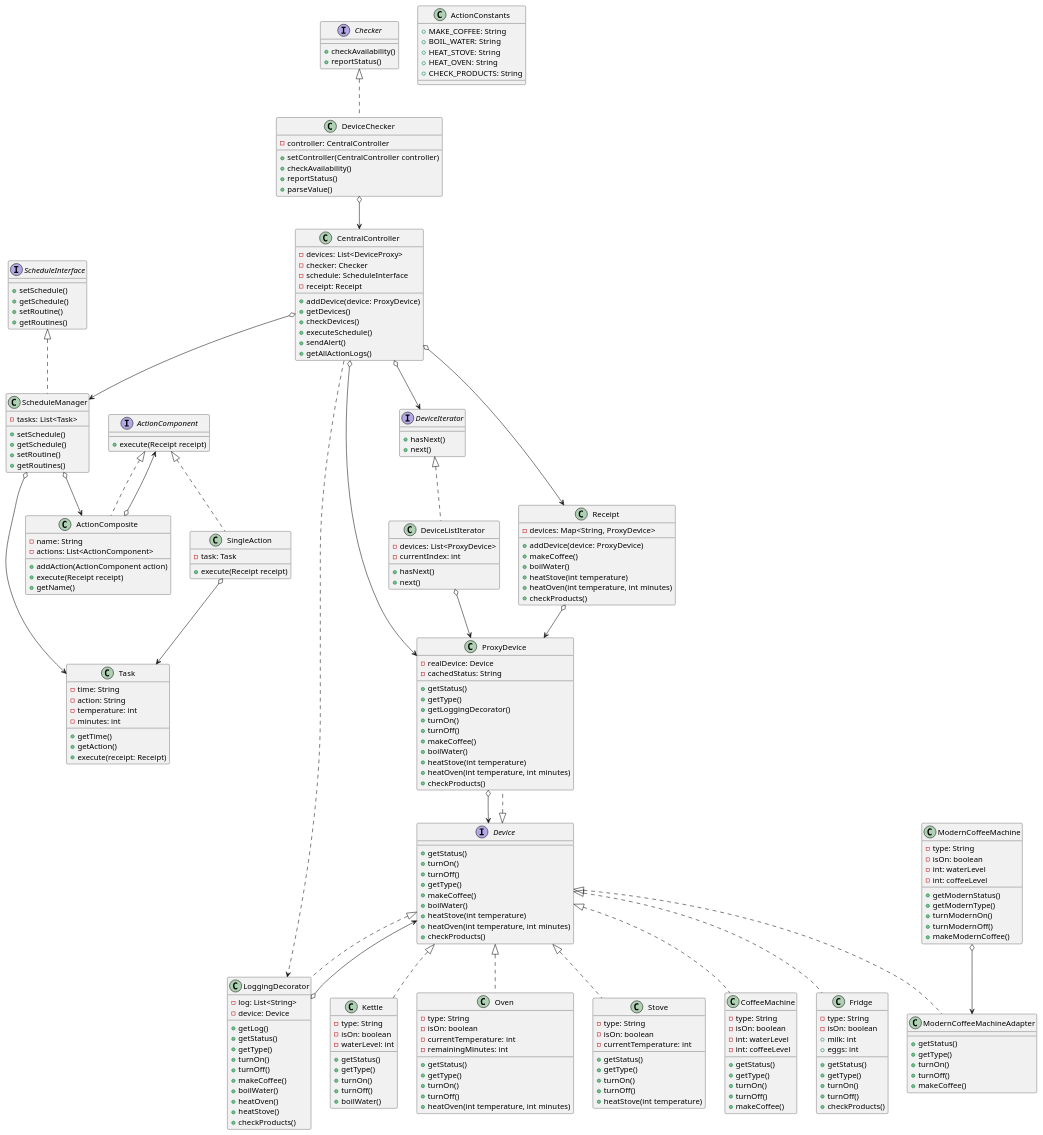
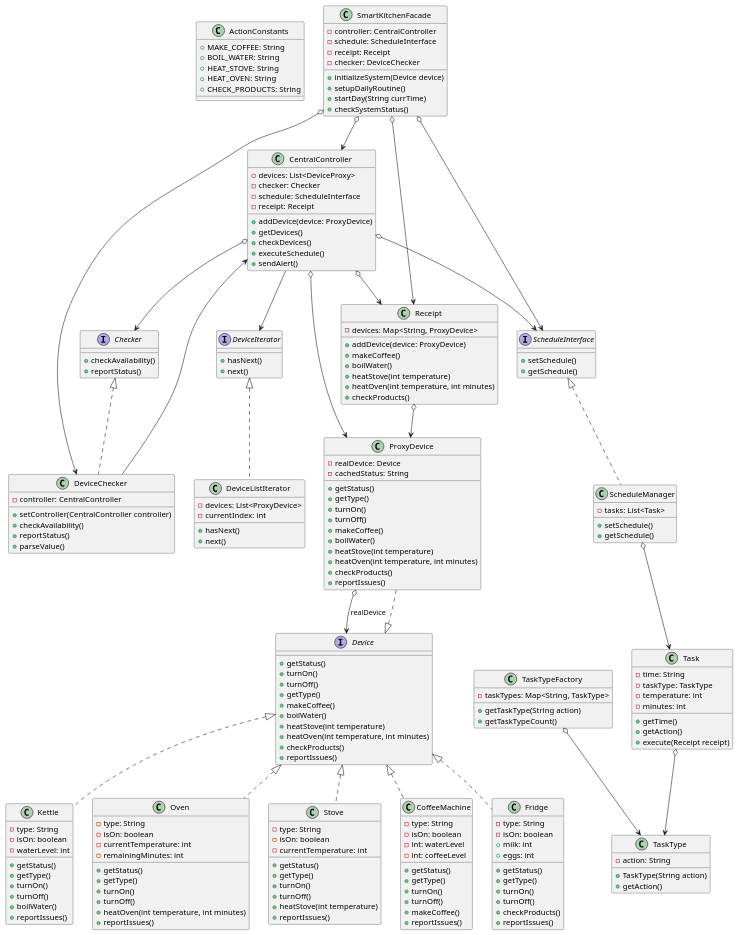
One commit to vladimir-barysh/smart_kitchen changed the diagram in diagram.puml. Above: the diagram before and after it, drawn with PlantUML. The commit also changed 35 other files, not shown here.

```diff
--- a/diagram.puml
+++ b/diagram.puml
@@ -1,15 +1,4 @@
 @startuml
-interface ActionComponent {
-    +execute(Receipt receipt)
-}
-
-class ActionComposite {
-    -name: String
-    -actions: List<ActionComponent>
-    +addAction(ActionComponent action)
-    +execute(Receipt receipt)
-    +getName()
-}
 
 class ActionConstants{
     +MAKE_COFFEE: String
@@ -29,7 +18,6 @@
     +checkDevices()
     +executeSchedule()
     +sendAlert()
-    +getAllActionLogs()
 }
 
 interface Checker {
@@ -47,6 +35,7 @@
     +turnOn()
     +turnOff()
     +makeCoffee()
+    +reportIssues()
 }
 
 interface Device {
@@ -59,6 +48,7 @@
     +heatStove(int temperature)
     +heatOven(int temperature, int minutes)
     +checkProducts()
+    +reportIssues()
 }
 
 class DeviceChecker {
@@ -91,6 +81,7 @@
     +turnOn()
     +turnOff()
     +checkProducts()
+    +reportIssues()
 }
 
 class Kettle {
@@ -102,41 +93,7 @@
     +turnOn()
     +turnOff()
     +boilWater()
-}
-
-class LoggingDecorator {
-    -log: List<String>
-    -device: Device
-    +getLog()
-    +getStatus()
-    +getType()
-    +turnOn()
-    +turnOff()
-    +makeCoffee()
-    +boilWater()
-    +heatOven()
-    +heatStove()
-    +checkProducts()
-}
-
-class ModernCoffeeMachine {
-    -type: String
-    -isOn: boolean
-    -int: waterLevel
-    -int: coffeeLevel
-    +getModernStatus()
-    +getModernType()
-    +turnModernOn()
-    +turnModernOff()
-    +makeModernCoffee()
-}
-
-class ModernCoffeeMachineAdapter {
-    +getStatus()
-    +getType()
-    +turnOn()
-    +turnOff()
-    +makeCoffee()
+    +reportIssues()
 }
 
 class Oven {
@@ -149,6 +106,7 @@
     +turnOn()
     +turnOff()
     +heatOven(int temperature, int minutes)
+    +reportIssues()
 }
 
 class ProxyDevice {
@@ -156,7 +114,6 @@
     -cachedStatus: String
     +getStatus()
     +getType()
-    +getLoggingDecorator()
     +turnOn()
     +turnOff()
     +makeCoffee()
@@ -164,6 +121,7 @@
     +heatStove(int temperature)
     +heatOven(int temperature, int minutes)
     +checkProducts()
+    +reportIssues()
 }
 
 class Receipt {
@@ -179,21 +137,23 @@
 interface ScheduleInterface {
     +setSchedule()
     +getSchedule()
-    +setRoutine()
-    +getRoutines()
 }
 
 class ScheduleManager {
     -tasks: List<Task>
     +setSchedule()
     +getSchedule()
-    +setRoutine()
-    +getRoutines()
 }
 
-class SingleAction {
-    -task: Task
-    +execute(Receipt receipt)
+class SmartKitchenFacade {
+  -controller: CentralController
+  -schedule: ScheduleInterface
+  -receipt: Receipt
+  -checker: DeviceChecker
+  +initializeSystem(Device device)
+  +setupDailyRoutine()
+  +startDay(String currTime)
+  +checkSystemStatus()
 }
 
 class Stove {
@@ -205,51 +165,60 @@
     +turnOn()
     +turnOff()
     +heatStove(int temperature)
+    +reportIssues()
 }
 
 class Task {
     -time: String
-    -action: String
+    -taskType: TaskType
     -temperature: int
     -minutes: int
     +getTime()
     +getAction()
-    +execute(receipt: Receipt)
+    +execute(Receipt receipt)
 }
 
+class TaskType {
+    -action: String
+    +TaskType(String action)
+    +getAction()
+}
+
+class TaskTypeFactory {
+  -taskTypes: Map<String, TaskType>
+  +getTaskType(String action)
+  +getTaskTypeCount()
+}
+
+Device <|.. CoffeeMachine
+Device <|.. Kettle
 Device <|.. Stove
 Device <|.. Oven
 Device <|.. Fridge
-Device <|.. Kettle
-Device <|.. CoffeeMachine
-Device <|.. ModernCoffeeMachineAdapter
-Device <|.. LoggingDecorator
 Device <|.. ProxyDevice
 
-ModernCoffeeMachine o--> ModernCoffeeMachineAdapter
-ProxyDevice o--> Device
-LoggingDecorator o--> Device
+ProxyDevice o--> Device : realDevice
+
+ScheduleInterface <|.. ScheduleManager
+Checker <|.. DeviceChecker
+DeviceIterator <|.. DeviceListIterator
+
+Task o--> TaskType
+TaskTypeFactory o--> TaskType
+
+CentralController o--> ProxyDevice
+CentralController o--> Checker
+CentralController o--> ScheduleInterface
+CentralController o--> Receipt
+CentralController --> DeviceIterator
 
 Receipt o--> ProxyDevice
-CentralController o--> ProxyDevice
-CentralController o--> ScheduleManager
-CentralController o--> Receipt
+ScheduleManager o--> Task
+DeviceChecker --> CentralController
 
-ScheduleInterface <|.. ScheduleManager
-ScheduleManager o--> Task
-ScheduleManager o--> ActionComposite
-
-Checker <|.. DeviceChecker
-DeviceChecker o--> CentralController
-
-DeviceIterator <|.. DeviceListIterator
-DeviceListIterator o--> ProxyDevice
-CentralController o--> DeviceIterator
-
-ActionComponent <|.. ActionComposite
-ActionComponent <|.. SingleAction
-ActionComposite o--> ActionComponent
-SingleAction o--> Task
-CentralController ..> LoggingDecorator
+SmartKitchenFacade o--> CentralController
+SmartKitchenFacade o--> ScheduleInterface
+SmartKitchenFacade o--> Receipt
+SmartKitchenFacade o--> DeviceChecker
 
 @enduml
```
